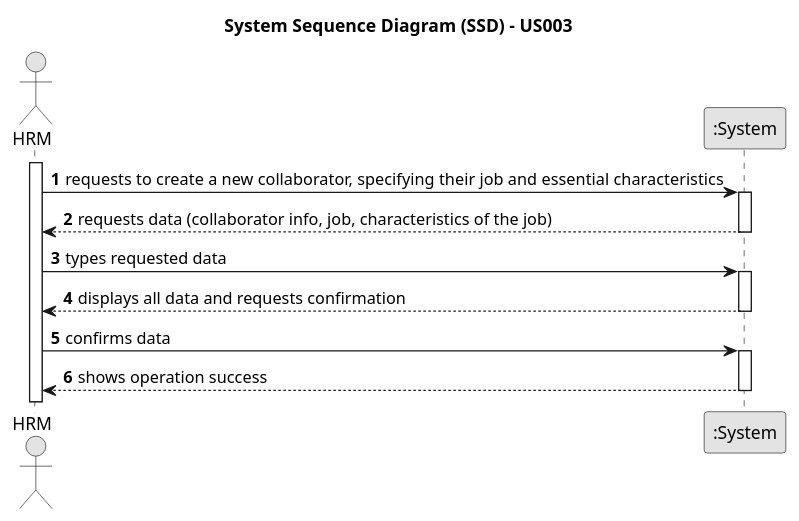
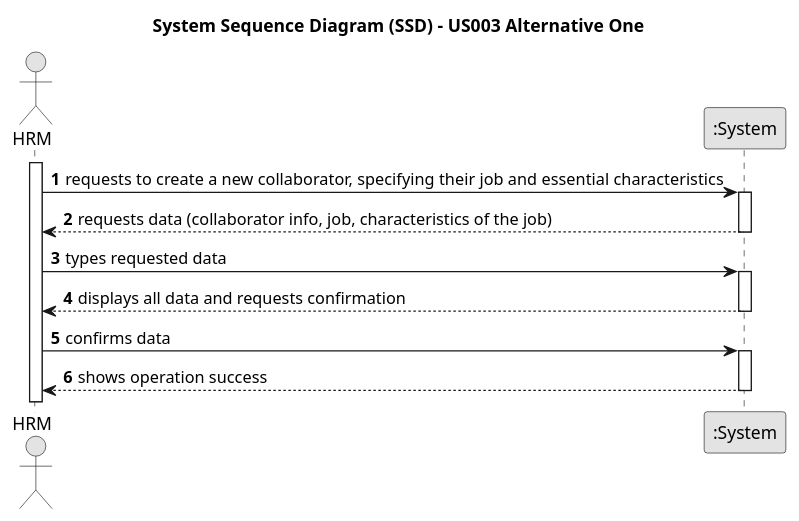
Before and after one commit to RicardoMorim/lapr2-ISEP-Project: the diagram in docs/sprintA/us003/01.requirements-engineering/puml/us003-system-sequence-diagram-alternative-one.puml, drawn with PlantUML. The commit also changed 3 other files, not shown here.

```diff
--- a/docs/sprintA/us003/01.requirements-engineering/puml/us003-system-sequence-diagram-alternative-one.puml
+++ b/docs/sprintA/us003/01.requirements-engineering/puml/us003-system-sequence-diagram-alternative-one.puml
@@ -1,33 +1,33 @@
 @startuml
 skinparam monochrome true
 skinparam packageStyle rectangle
 skinparam shadowing false
 
-title System Sequence Diagram (SSD) - US003
+title System Sequence Diagram (SSD) - US003 Alternative One
 
 autonumber
 
 actor "HRM" as HRM
 participant ":System" as System
 
 activate HRM
 
     HRM -> System : requests to create a new collaborator, specifying their job and essential characteristics
     activate System
 
         System --> HRM : requests data (collaborator info, job, characteristics of the job)
     deactivate System
 
     HRM -> System : types requested data
     activate System
 
         System --> HRM : displays all data and requests confirmation
     deactivate System
 
     HRM -> System : confirms data
     activate System
 
         System --> HRM : shows operation success
     deactivate System
 
 @enduml
```
